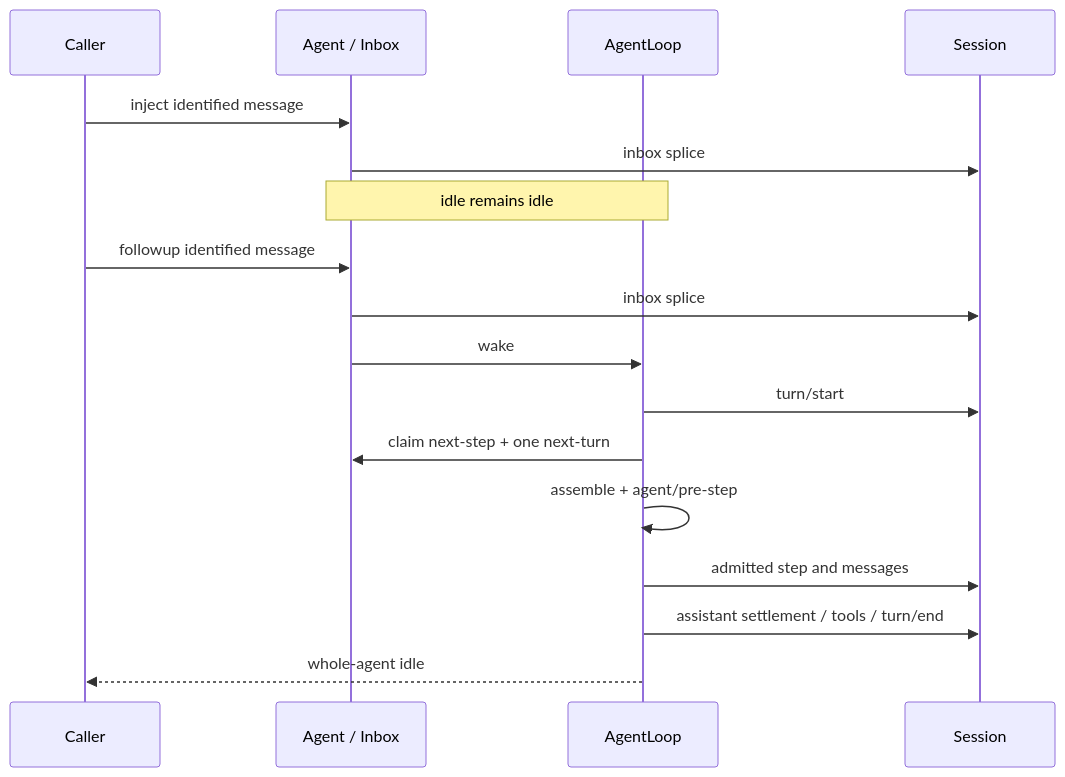
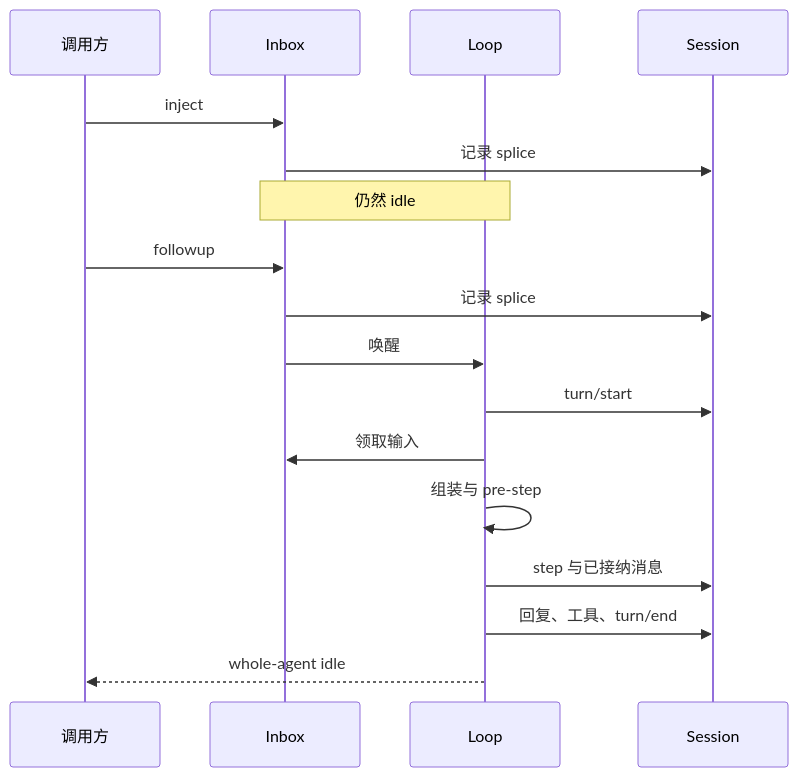
The diagram in how-dsh-works/02-agent-inbox-and-loop.md (eriklee1895/hands-on-dsh), drawn with Mermaid before and after one commit. The commit also changed other lines of this file and 86 other files, not shown here.

Commit message:
docs: improve course narrative, technical guidance, and diagrams

````diff
--- a/how-dsh-works/02-agent-inbox-and-loop.md
+++ b/how-dsh-works/02-agent-inbox-and-loop.md
@@ -35,19 +31,19 @@
 ```mermaid
 sequenceDiagram
-    participant C as Caller
-    participant A as Agent / Inbox
-    participant L as AgentLoop
+    participant C as 调用方
+    participant A as Inbox
+    participant L as Loop
     participant S as Session
-    C->>A: inject identified message
-    A->>S: inbox splice
-    Note over A,L: idle remains idle
-    C->>A: followup identified message
-    A->>S: inbox splice
-    A->>L: wake
+    C->>A: inject
+    A->>S: 记录 splice
+    Note over A,L: 仍然 idle
+    C->>A: followup
+    A->>S: 记录 splice
+    A->>L: 唤醒
     L->>S: turn/start
-    L->>A: claim next-step + one next-turn
-    L->>L: assemble + agent/pre-step
-    L->>S: admitted step and messages
-    L->>S: assistant settlement / tools / turn/end
+    L->>A: 领取输入
+    L->>L: 组装与 pre-step
+    L->>S: step 与已接纳消息
+    L->>S: 回复、工具、turn/end
     L-->>C: whole-agent idle
 ```
````
